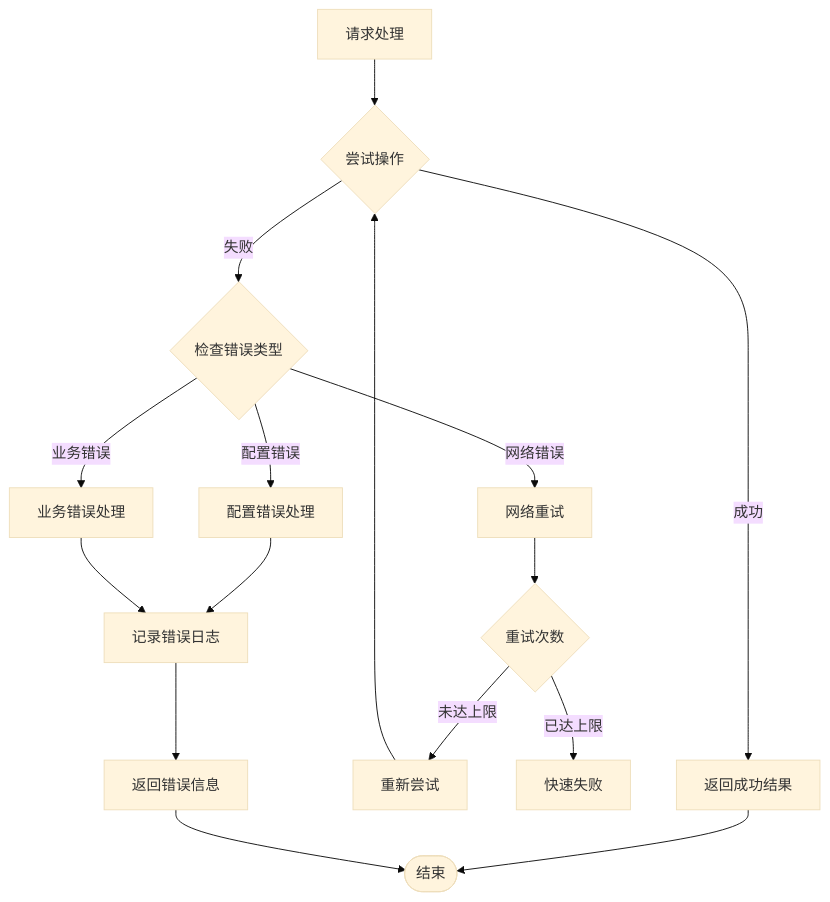
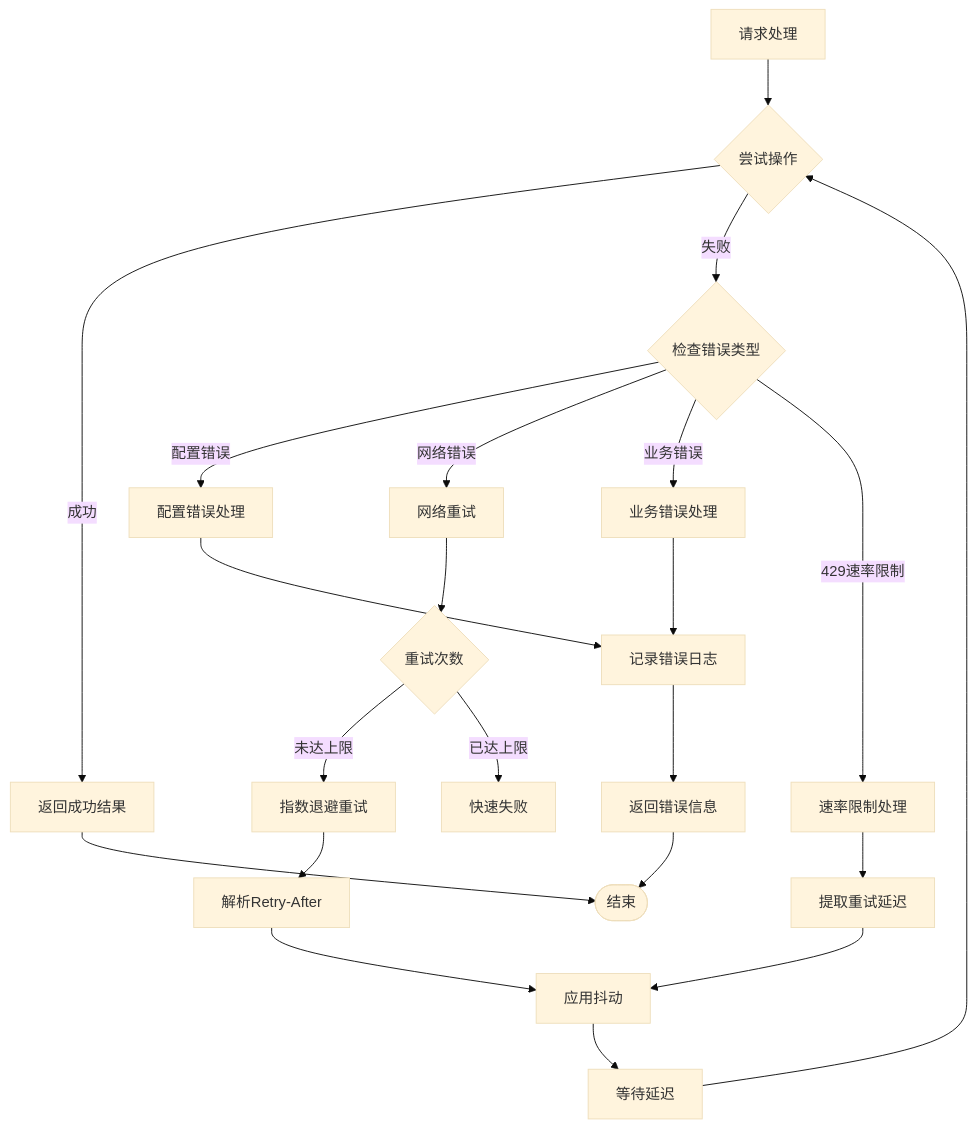
The sixth of 9 diagrams in .qoder/repowiki/zh/content/Web界面系统/LLM集成系统.md (wsqstar/RoadGen3D), drawn with Mermaid (base theme) before and after one commit. The commit also changed other lines of this file and 12 other files, not shown here.

````diff
--- a/.qoder/repowiki/zh/content/Web界面系统/LLM集成系统.md
+++ b/.qoder/repowiki/zh/content/Web界面系统/LLM集成系统.md
@@ -321,18 +327,24 @@
 ```mermaid
 flowchart TD
 Request[请求处理] --> TryOperation{尝试操作}
 TryOperation --> |成功| Success[返回成功结果]
 TryOperation --> |失败| CheckError{检查错误类型}
 CheckError --> |配置错误| ConfigError[配置错误处理]
 CheckError --> |网络错误| NetworkRetry[网络重试]
 CheckError --> |业务错误| BusinessError[业务错误处理]
+CheckError --> |429速率限制| RateLimit[速率限制处理]
 NetworkRetry --> RetryCount{重试次数}
-RetryCount --> |未达上限| RetryOperation[重新尝试]
+RetryCount --> |未达上限| ExponentialBackoff[指数退避重试]
 RetryCount --> |已达上限| FailFast[快速失败]
-RetryOperation --> TryOperation
+ExponentialBackoff --> ParseRetryAfter[解析Retry-After]
+ParseRetryAfter --> ApplyJitter[应用抖动]
+ApplyJitter --> WaitDelay[等待延迟]
+WaitDelay --> TryOperation
+RateLimit --> ExtractDelay[提取重试延迟]
+ExtractDelay --> ApplyJitter
 ConfigError --> LogError[记录错误日志]
 BusinessError --> LogError
 LogError --> ReturnError[返回错误信息]
 Success --> End([结束])
 ReturnError --> End
 ```
````
